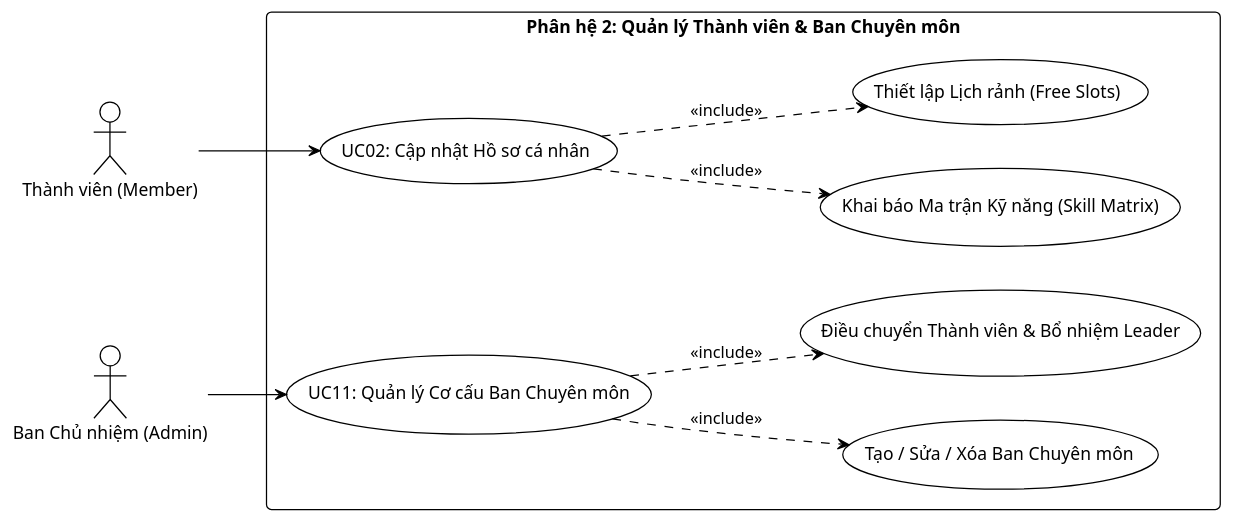
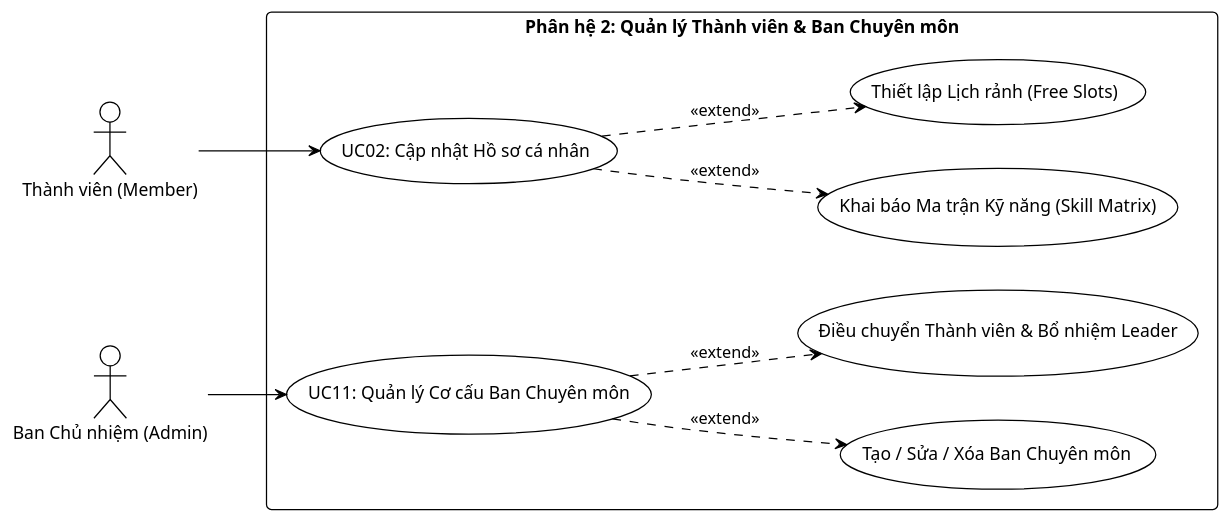
Before and after one commit to nda2801/Student_Club_Management: the fifth of 14 diagrams in CacGiaiDoanThucHien/GiaiDoan_KT1_KhaoSat_YeuCau_ThietKe_Tuan1_Tuan3/08_KhaoSat_PhanTich_YeuCau_ChucNang_PhiChucNang.md, drawn with PlantUML. The commit also changed other lines of this file and 310 other files, not shown here.

Commit message:
docs: update SDLC documentation, AI proofs, diagrams and system configuration

```diff
--- a/CacGiaiDoanThucHien/GiaiDoan_KT1_KhaoSat_YeuCau_ThietKe_Tuan1_Tuan3/08_KhaoSat_PhanTich_YeuCau_ChucNang_PhiChucNang.md
+++ b/CacGiaiDoanThucHien/GiaiDoan_KT1_KhaoSat_YeuCau_ThietKe_Tuan1_Tuan3/08_KhaoSat_PhanTich_YeuCau_ChucNang_PhiChucNang.md
@@ -558,27 +558,27 @@
 @startuml usecase_sub2_member
 !theme plain
 skinparam backgroundColor #FFFFFF
 skinparam shadowing false
 skinparam roundcorner 8
 
 left to right direction
 actor "Thành viên (Member)" as Member
 actor "Ban Chủ nhiệm (Admin)" as Admin
 
 rectangle "Phân hệ 2: Quản lý Thành viên & Ban Chuyên môn" {
     usecase "UC02: Cập nhật Hồ sơ cá nhân" as UC02
     usecase "Khai báo Ma trận Kỹ năng (Skill Matrix)" as UC02_Skill
     usecase "Thiết lập Lịch rảnh (Free Slots)" as UC02_Slot
     usecase "UC11: Quản lý Cơ cấu Ban Chuyên môn" as UC11
     usecase "Tạo / Sửa / Xóa Ban Chuyên môn" as UC11_Dept
     usecase "Điều chuyển Thành viên & Bổ nhiệm Leader" as UC11_Assign
 }
 
 Member --> UC02
-UC02 ..> UC02_Skill : <<include>>
-UC02 ..> UC02_Slot : <<include>>
+UC02 ..> UC02_Skill : <<extend>>
+UC02 ..> UC02_Slot : <<extend>>
 
 Admin --> UC11
-UC11 ..> UC11_Dept : <<include>>
-UC11 ..> UC11_Assign : <<include>>
+UC11 ..> UC11_Dept : <<extend>>
+UC11 ..> UC11_Assign : <<extend>>
 @enduml
```
